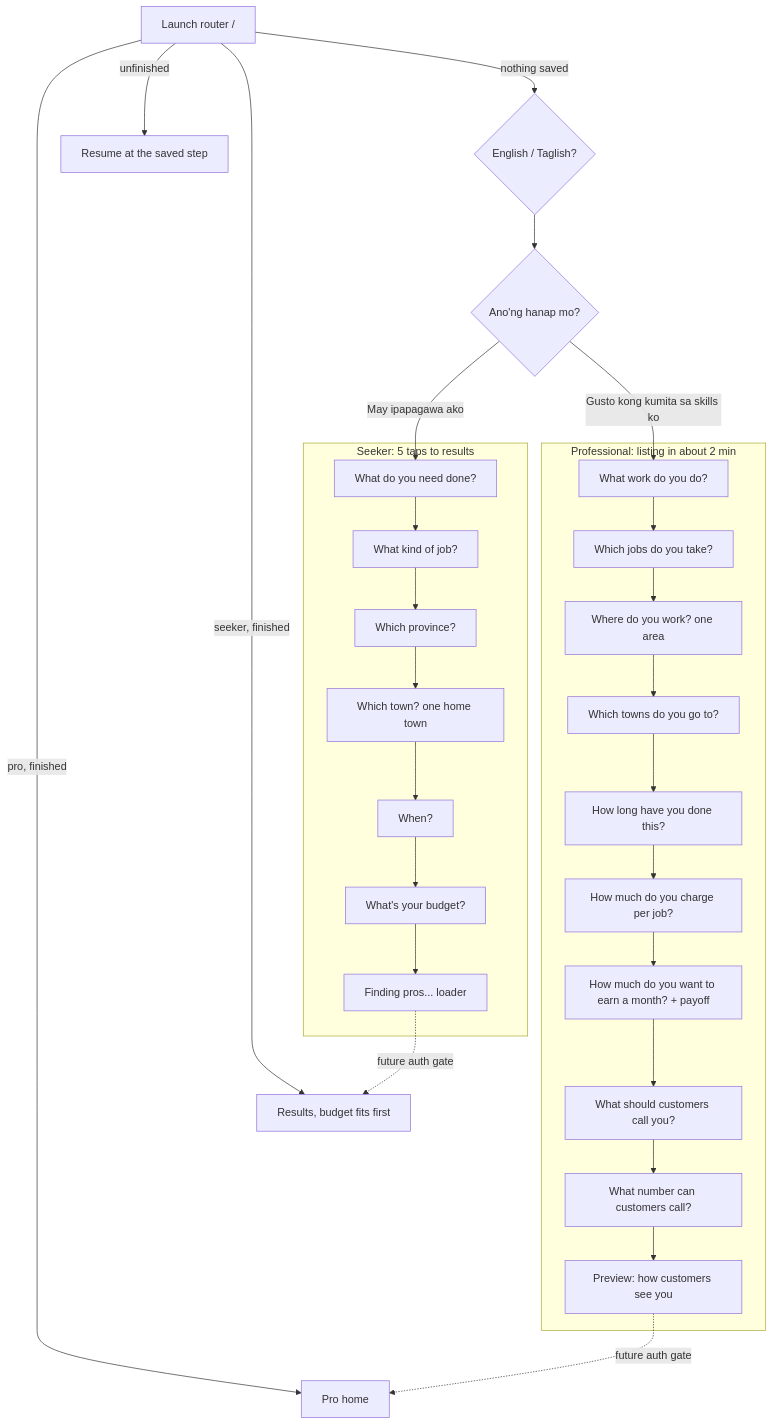
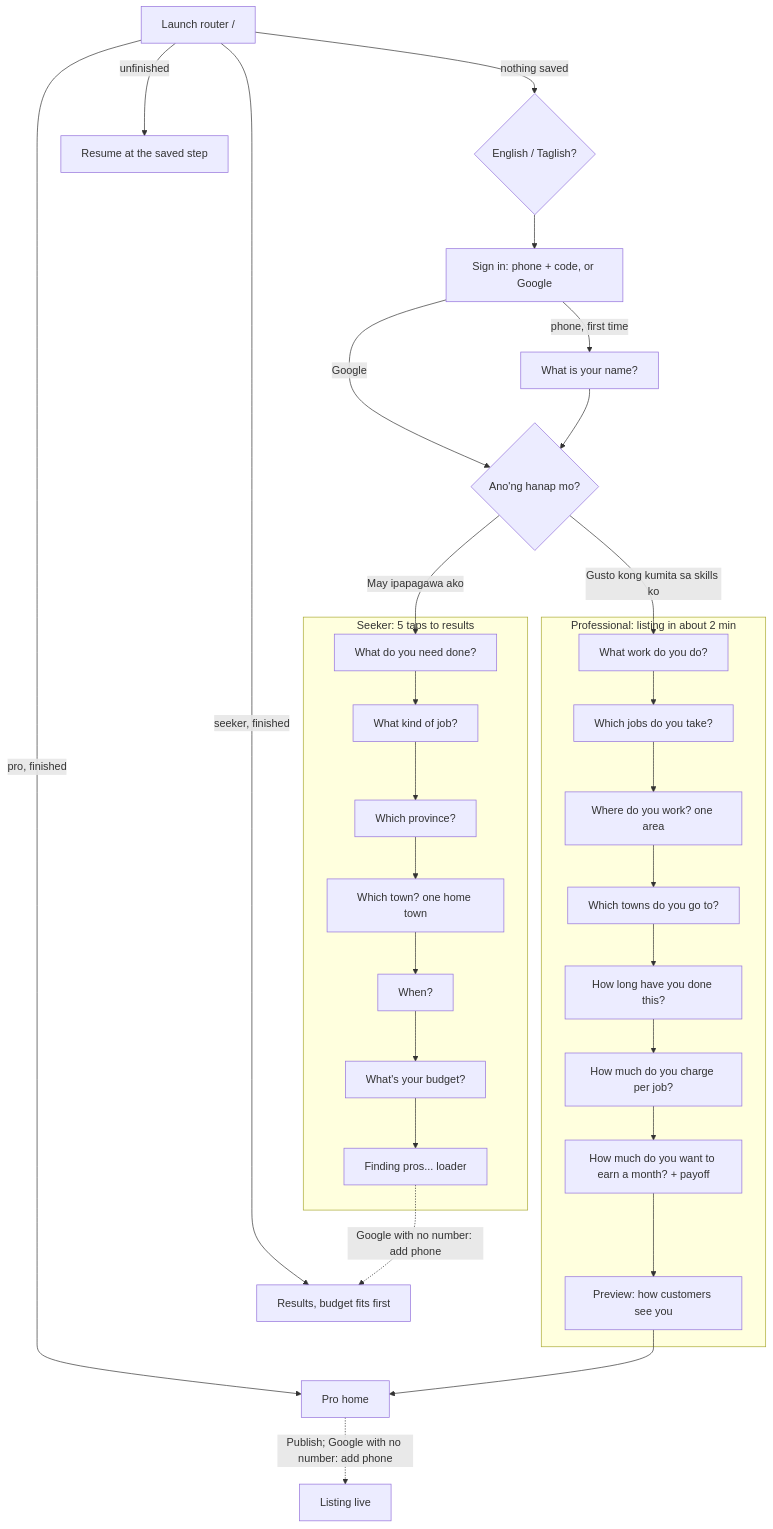
The diagram in docs/onboarding.md (gscph/SideGigPhilippines), drawn with Mermaid before and after one commit. The commit also changed other lines of this file and 94 other files, not shown here.

````diff
--- a/docs/onboarding.md
+++ b/docs/onboarding.md
@@ -22,35 +21,37 @@
 ```mermaid
 flowchart TD
     L[Launch router /] -->|nothing saved| LANG{"English / Taglish?"}
     L -->|unfinished| RES[Resume at the saved step]
     L -->|seeker, finished| R
     L -->|pro, finished| PH
 
-    LANG --> F{"Ano'ng hanap mo?"}
+    LANG --> AUTH[Sign in: phone + code, or Google]
+    AUTH -->|phone, first time| NAME[What is your name?]
+    AUTH -->|Google| F
+    NAME --> F{"Ano'ng hanap mo?"}
     F -->|May ipapagawa ako| S1
     F -->|Gusto kong kumita sa skills ko| P1
 
     subgraph Seeker["Seeker: 5 taps to results"]
       S1[What do you need done?] --> S2[What kind of job?]
       S2 --> S3a[Which province?]
       S3a --> S3[Which town? one home town]
       S3 --> S4[When?]
       S4 --> S5[What's your budget?]
       S5 --> LI[Finding pros... loader]
     end
 
     subgraph Pro["Professional: listing in about 2 min"]
       P1[What work do you do?] --> P2[Which jobs do you take?]
       P2 --> P3a[Where do you work? one area]
       P3a --> P3[Which towns do you go to?]
       P3 --> P4[How long have you done this?]
       P4 --> P5[How much do you charge per job?]
       P5 --> P6[How much do you want to earn a month? + payoff]
-      P6 --> P7[What should customers call you?]
-      P7 --> P8[What number can customers call?]
-      P8 --> PV[Preview: how customers see you]
+      P6 --> PV[Preview: how customers see you]
     end
 
-    LI -.->|future auth gate| R[Results, budget fits first]
-    PV -.->|future auth gate| PH[Pro home]
+    LI -.->|Google with no number: add phone| R[Results, budget fits first]
+    PV --> PH[Pro home]
+    PH -.->|Publish; Google with no number: add phone| LIVE[Listing live]
 ```
````
